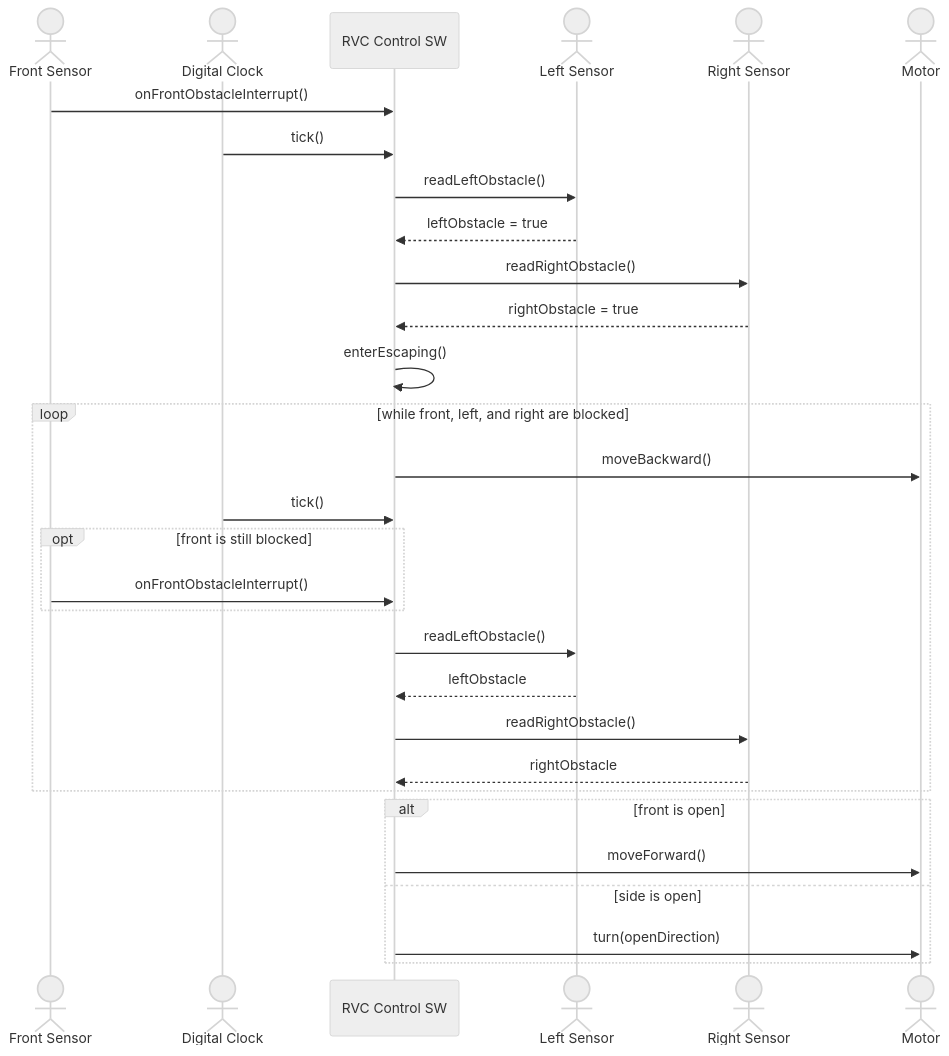
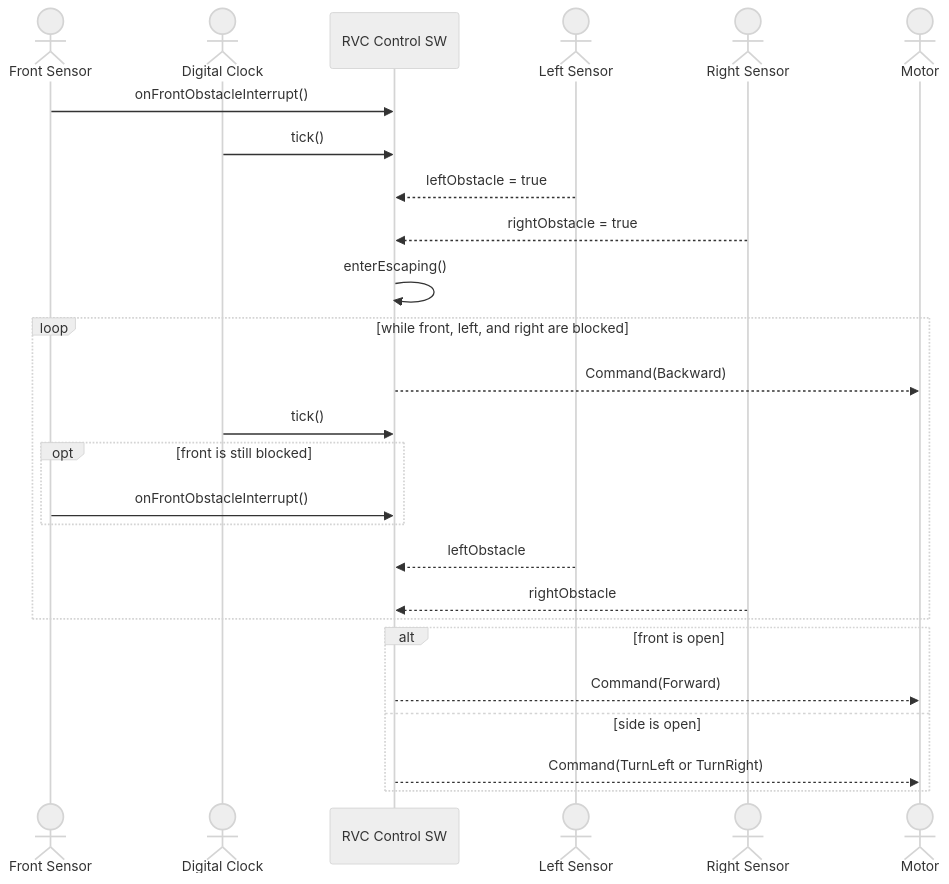
The sixth of 6 diagrams in docs/ooa_ssd.md (reload02/ooad-vibe), drawn with Mermaid (neutral theme) before and after one commit. The commit also changed other lines of this file and 8 other files, not shown here.

````diff
--- a/docs/ooa_ssd.md
+++ b/docs/ooa_ssd.md
@@ -88,33 +105,29 @@
 ```mermaid
 sequenceDiagram
     actor FrontSensor as Front Sensor
     actor Clock as Digital Clock
     participant System as RVC Control SW
     actor LeftSensor as Left Sensor
     actor RightSensor as Right Sensor
     actor Motor
 
     FrontSensor->>System: onFrontObstacleInterrupt()
     Clock->>System: tick()
-    System->>LeftSensor: readLeftObstacle()
     LeftSensor-->>System: leftObstacle = true
-    System->>RightSensor: readRightObstacle()
     RightSensor-->>System: rightObstacle = true
     System->>System: enterEscaping()
     loop while front, left, and right are blocked
-        System->>Motor: moveBackward()
+        System-->>Motor: Command(Backward)
         Clock->>System: tick()
         opt front is still blocked
             FrontSensor->>System: onFrontObstacleInterrupt()
         end
-        System->>LeftSensor: readLeftObstacle()
         LeftSensor-->>System: leftObstacle
-        System->>RightSensor: readRightObstacle()
         RightSensor-->>System: rightObstacle
     end
     alt front is open
-        System->>Motor: moveForward()
+        System-->>Motor: Command(Forward)
     else side is open
-        System->>Motor: turn(openDirection)
+        System-->>Motor: Command(TurnLeft or TurnRight)
     end
 ```
````
